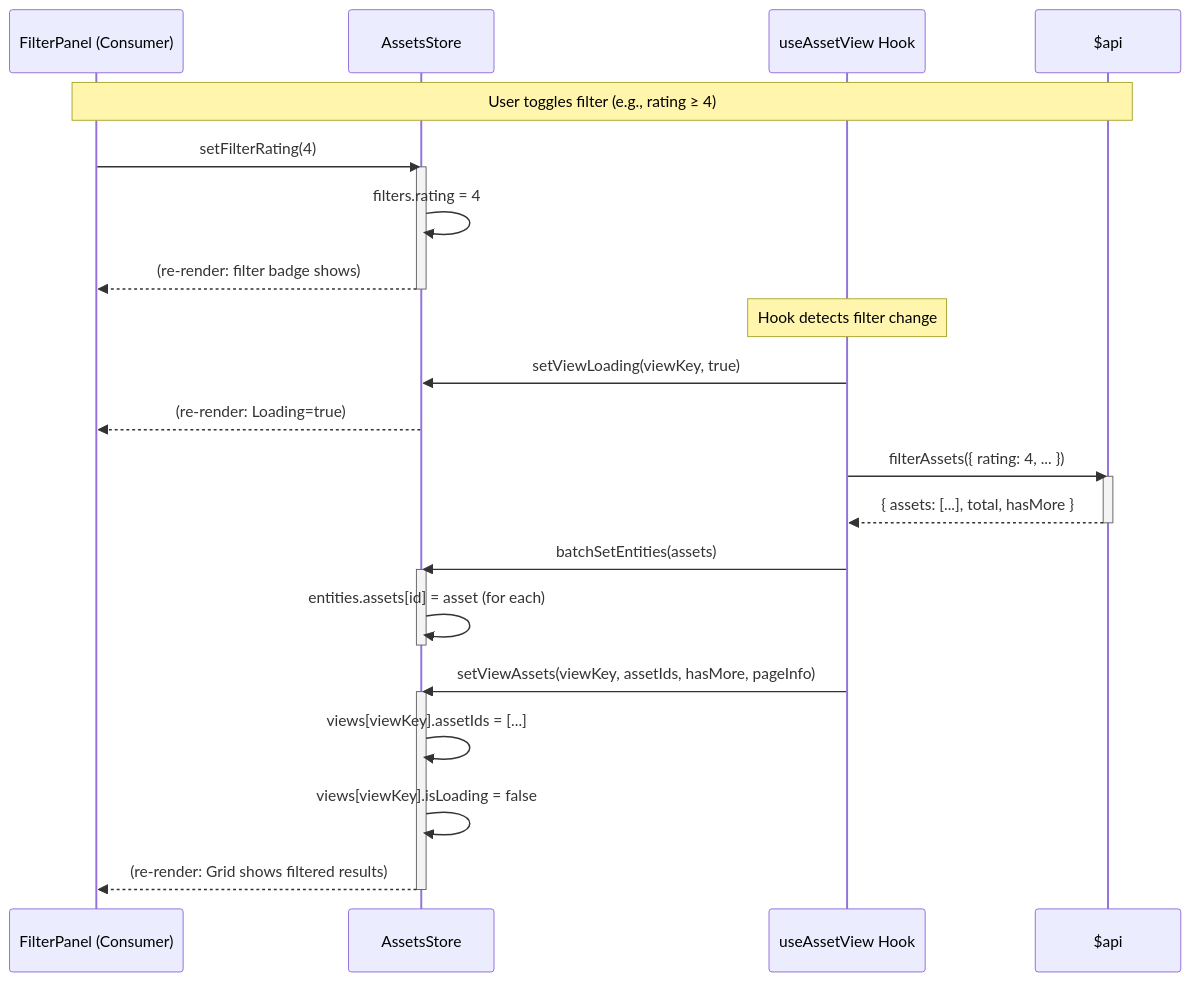
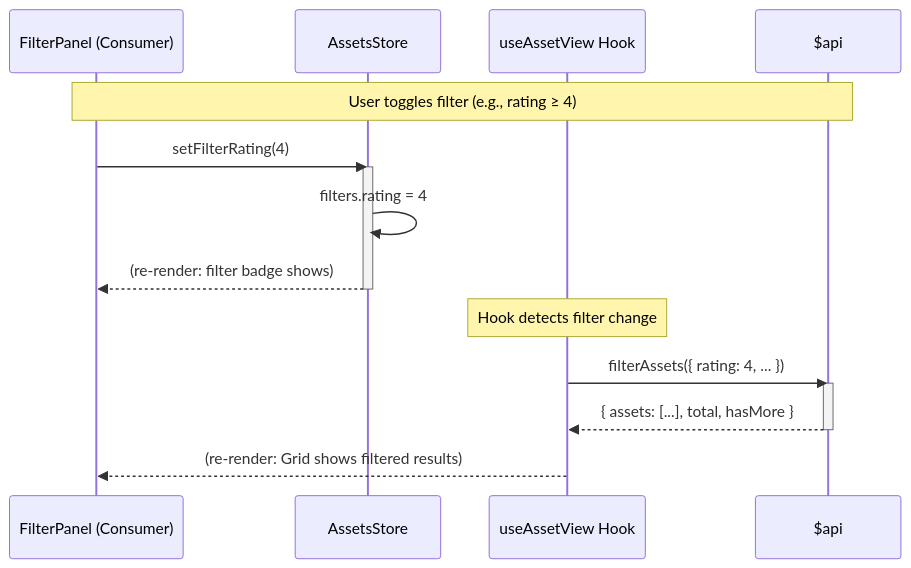
One commit to EdwinZhanCN/Lumilio-Photos changed the first of 5 diagrams in web/src/features/assets/diagram/async-data-flow.md. Above: the diagram before and after it, drawn with Mermaid. The commit also changed other lines of this file and 30 other files, not shown here.

````diff
--- a/web/src/features/assets/diagram/async-data-flow.md
+++ b/web/src/features/assets/diagram/async-data-flow.md
@@ -7,36 +7,23 @@
 ```mermaid
 sequenceDiagram
     participant UI as FilterPanel (Consumer)
     participant Store as AssetsStore
     participant Hook as useAssetView Hook
     participant API as $api
     
     Note over UI, API: User toggles filter (e.g., rating ≥ 4)
     
     UI->>Store: setFilterRating(4)
     activate Store
     Store->>Store: filters.rating = 4
     Store-->>UI: (re-render: filter badge shows)
     deactivate Store
     
     Note over Hook: Hook detects filter change
-    Hook->>Store: setViewLoading(viewKey, true)
-    Store-->>UI: (re-render: Loading=true)
-    
     Hook->>API: filterAssets({ rating: 4, ... })
     activate API
     API-->>Hook: { assets: [...], total, hasMore }
     deactivate API
     
-    Hook->>Store: batchSetEntities(assets)
-    activate Store
-    Store->>Store: entities.assets[id] = asset (for each)
-    deactivate Store
-    
-    Hook->>Store: setViewAssets(viewKey, assetIds, hasMore, pageInfo)
-    activate Store
-    Store->>Store: views[viewKey].assetIds = [...]
-    Store->>Store: views[viewKey].isLoading = false
-    Store-->>UI: (re-render: Grid shows filtered results)
-    deactivate Store
+    Hook-->>UI: (re-render: Grid shows filtered results)
 ```
````
